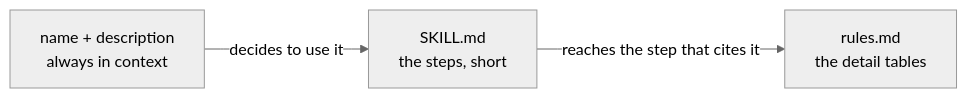
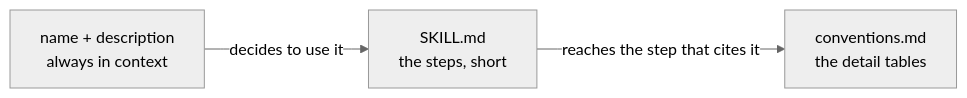
The first of 2 diagrams in decks/05-skills.md (fb-talks/claude-fundamentals), drawn with Mermaid (neutral theme) before and after one commit. The commit also changed other lines of this file and 36 other files, not shown here.

````diff
--- a/decks/05-skills.md
+++ b/decks/05-skills.md
@@ -135,5 +415,5 @@
 ```mermaid
 flowchart LR
   D["name + description<br/>always in context"] -->|decides to use it| S["SKILL.md<br/>the steps, short"]
-  S -->|reaches the step that cites it| R["rules.md<br/>the detail tables"]
+  S -->|reaches the step that cites it| R["conventions.md<br/>the detail tables"]
 ```
````
